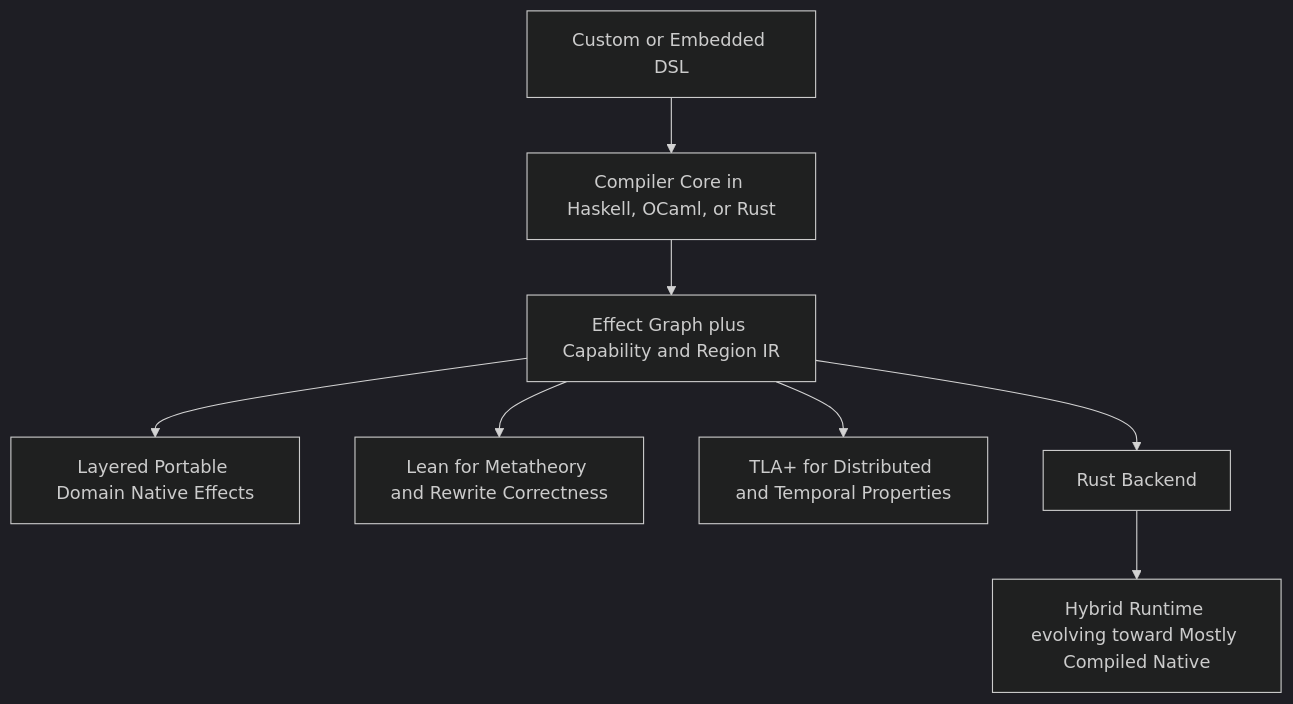
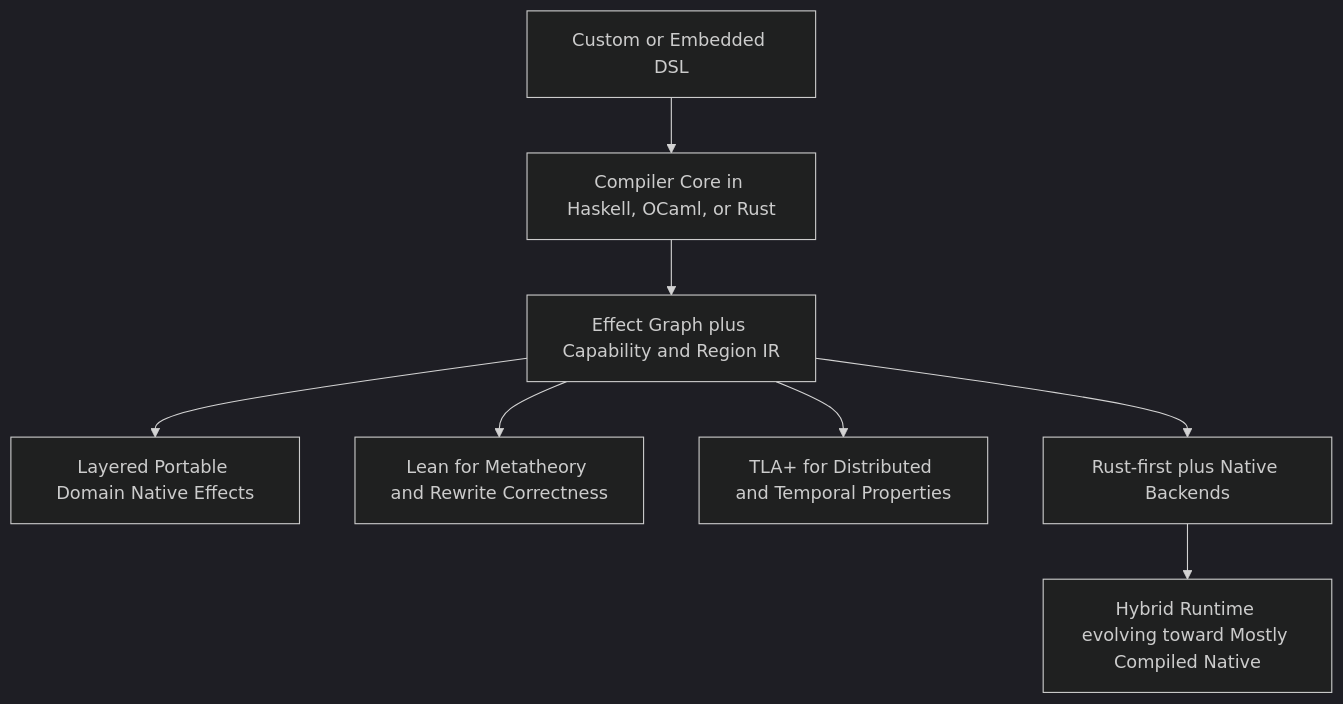
One commit to Tuee22/effectful changed diagram 23 of 24 in documents/dsl/dsl_compiler_morphology.md. Above: the diagram before and after it, drawn with Mermaid (dark theme). The commit also changed other lines of this file and 8 other files, not shown here.

````diff
--- a/documents/dsl/dsl_compiler_morphology.md
+++ b/documents/dsl/dsl_compiler_morphology.md
@@ -1229,19 +1346,19 @@
 ```mermaid
 flowchart TD
     A[Custom or Embedded DSL]
     B[Compiler Core in Haskell, OCaml, or Rust]
     C[Effect Graph plus Capability and Region IR]
     D[Layered Portable Domain Native Effects]
     E[Lean for Metatheory and Rewrite Correctness]
     F[TLA+ for Distributed and Temporal Properties]
-    G[Rust Backend]
+    G[Rust-first plus Native Backends]
     H[Hybrid Runtime evolving toward Mostly Compiled Native]
 
     A --> B
     B --> C
     C --> D
     C --> E
     C --> F
     C --> G
     G --> H
 ```
````
